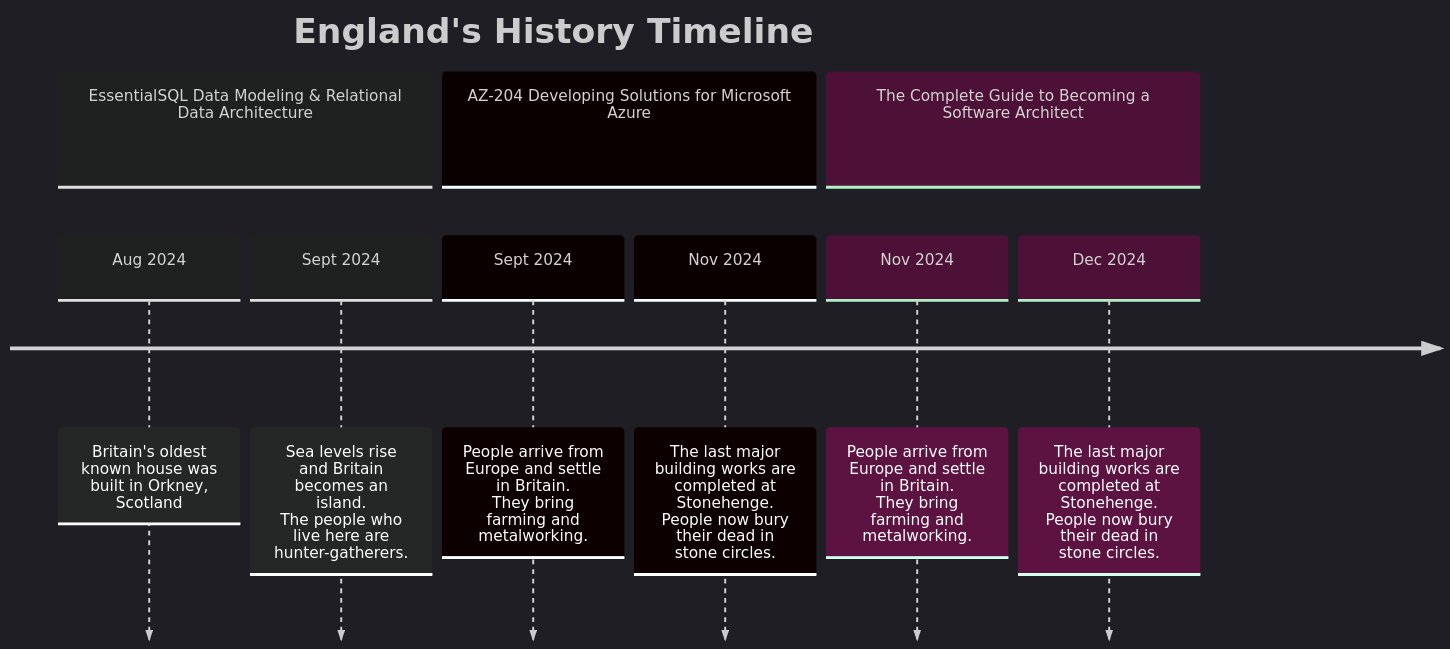
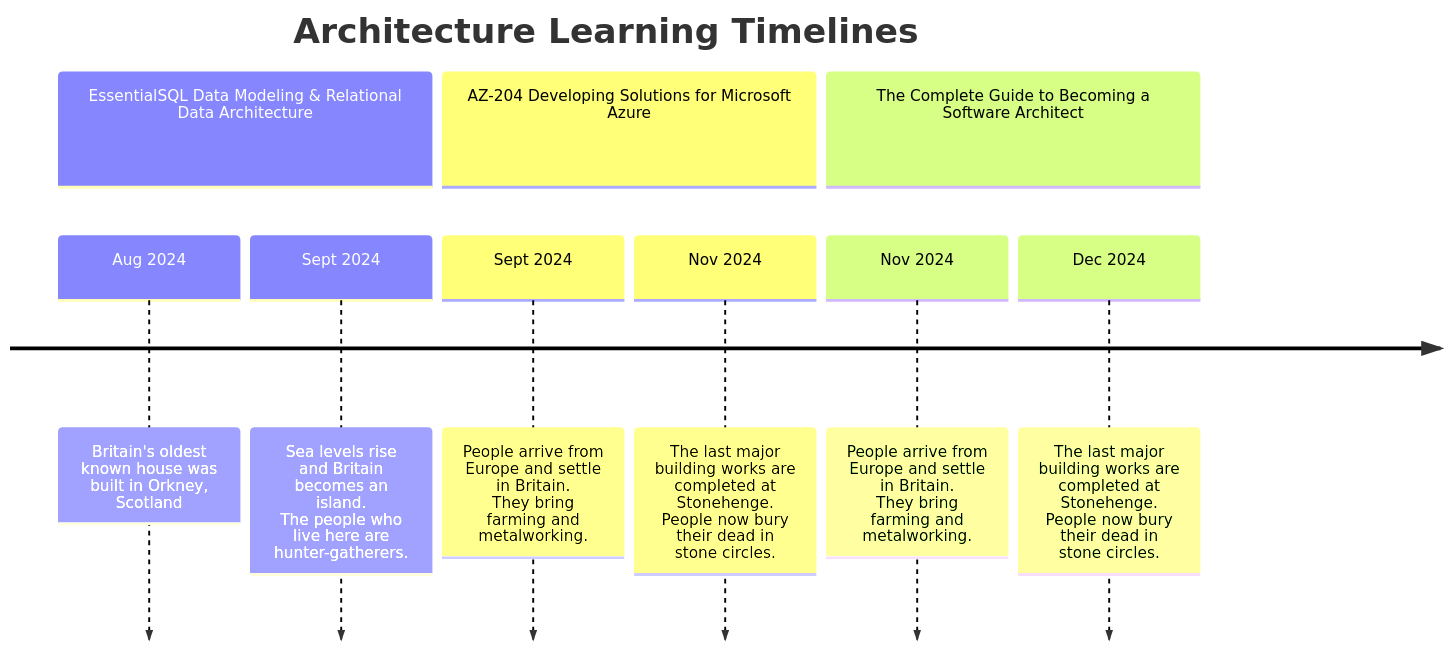
One commit to vegetariancoder/swotting-architecture changed the diagram in README.md. Above: the diagram before and after it, drawn with Mermaid.

Commit message:
Happy New Work

````diff
--- a/README.md
+++ b/README.md
@@ -8,14 +8,14 @@
 ```mermaid
-%%{init: { 'logLevel': 'debug', 'theme': 'dark' } }%%
+%%{init: { 'logLevel': 'debug', 'theme': 'default' } }%%
 timeline
-    title England's History Timeline
+    title Architecture Learning Timelines
         section  EssentialSQL Data Modeling & Relational Data Architecture
           Aug 2024 : Britain's oldest known house was built in Orkney, Scotland
           Sept 2024 : Sea levels rise and Britain becomes an island.<br> The people who live here are hunter-gatherers.
         section AZ-204 Developing Solutions for Microsoft Azure
           Sept 2024 : People arrive from Europe and settle in Britain. <br>They bring farming and metalworking.
           Nov 2024 : The last major building works are completed at Stonehenge.<br> People now bury their dead in stone circles.
         section The Complete Guide to Becoming a Software Architect
           Nov 2024 : People arrive from Europe and settle in Britain. <br>They bring farming and metalworking.
           Dec 2024 : The last major building works are completed at Stonehenge.<br> People now bury their dead in stone circles.
 ```
````
